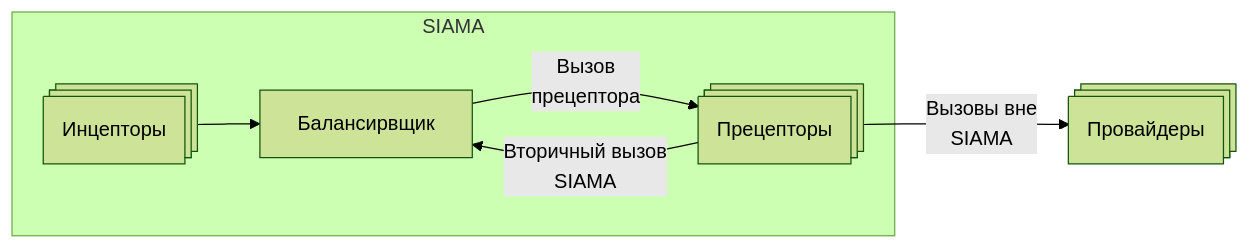
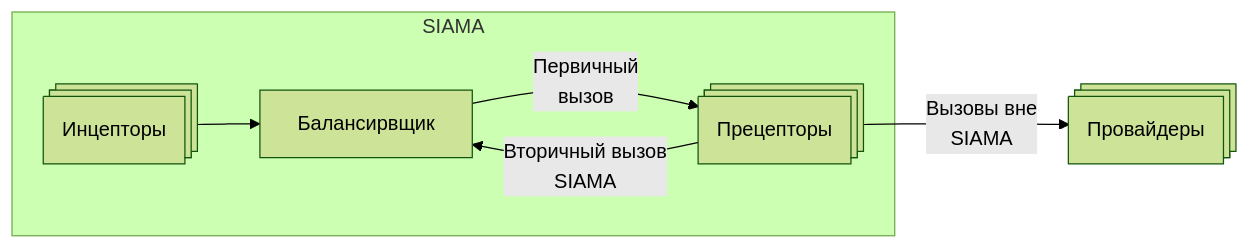
One commit to johnthesmith/scraps changed the fourth of 5 diagrams in ru/siama.md. Above: the diagram before and after it, drawn with Mermaid (forest theme).

````diff
--- a/ru/siama.md
+++ b/ru/siama.md
@@ -110,16 +110,16 @@
 ```mermaid
 flowchart LR
 
     subgraph SIAMA
         balancer[ Балансирвщик ]
         inceptor([Инцепторы])@{ shape: processes }
         preceptor([Прецепторы])@{ shape: processes }
     end
 
     provider([Провайдеры])@{ shape: processes }
 
     inceptor --> balancer
-    balancer --> |Вызов <br> прецептора| preceptor
+    balancer --> |Первичный <br> вызов| preceptor
     preceptor --> |Вторичный вызов <br> SIAMA| balancer
     preceptor --> |Вызовы вне<br> SIAMA| provider
 ```
````
